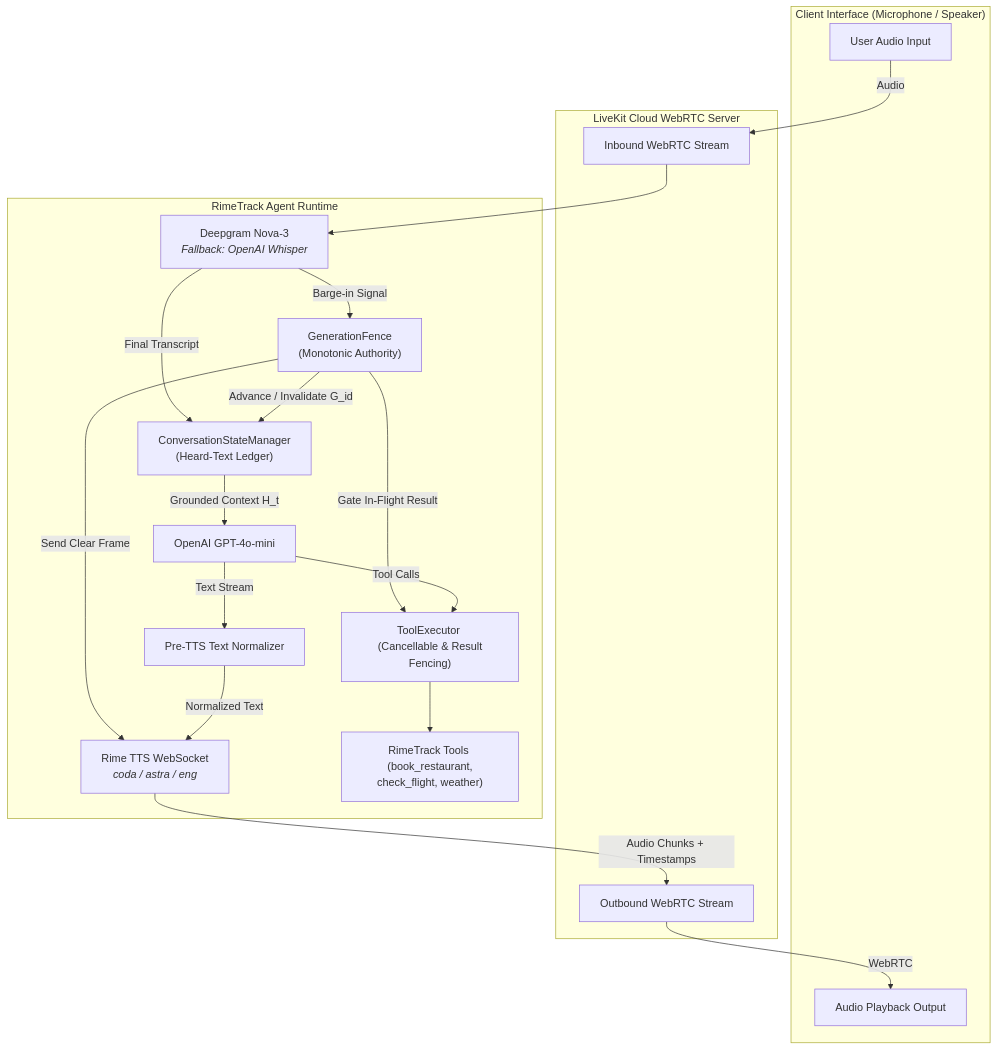
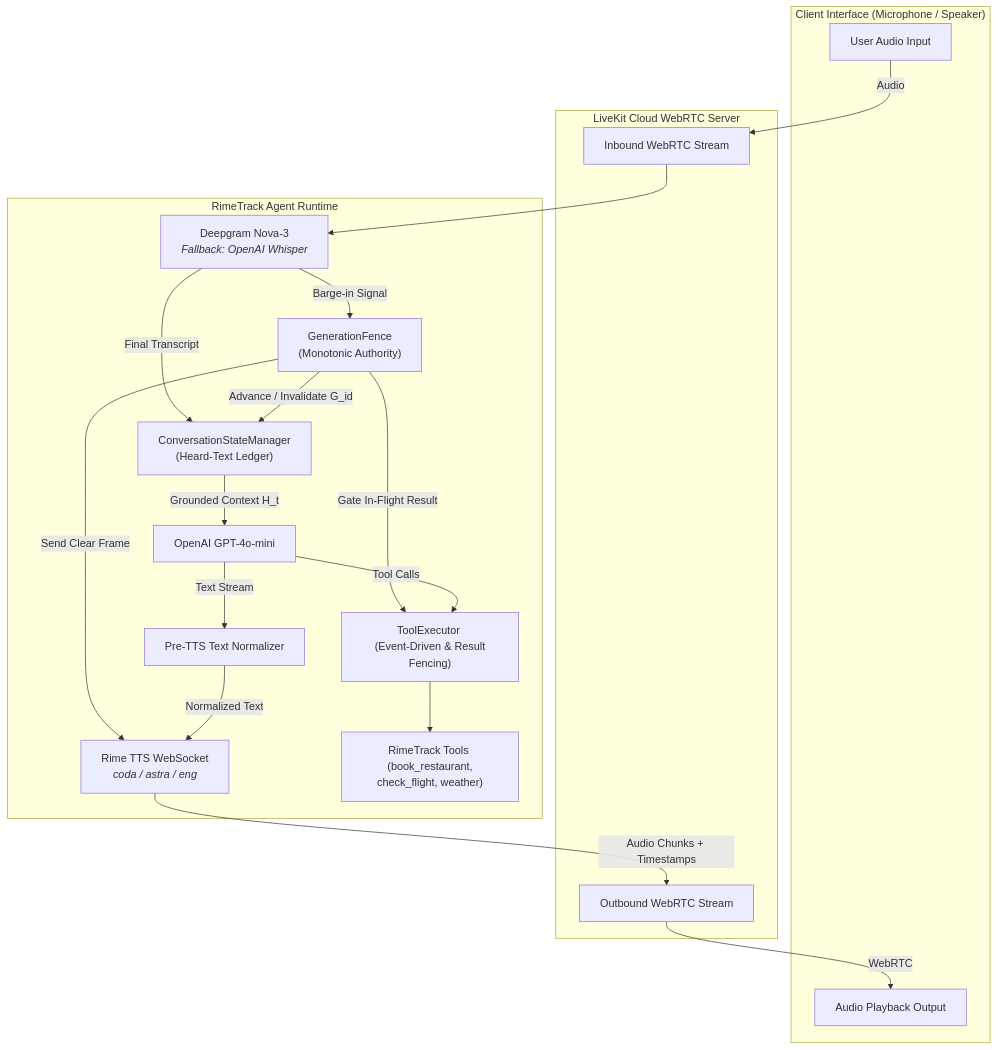
The diagram in rimetrack_scaffold/rimetrack/README.md (saugata-malakar/KDAG-RICE), drawn with Mermaid before and after one commit. The commit also changed other lines of this file and 1 other file, not shown here.

````diff
--- a/rimetrack_scaffold/rimetrack/README.md
+++ b/rimetrack_scaffold/rimetrack/README.md
@@ -53,40 +72,40 @@
 ```mermaid
 flowchart TD
     subgraph Client ["Client Interface (Microphone / Speaker)"]
         Mic[User Audio Input]
         Spk[Audio Playback Output]
     end
 
     subgraph Transport ["LiveKit Cloud WebRTC Server"]
         RTC_In[Inbound WebRTC Stream]
         RTC_Out[Outbound WebRTC Stream]
     end
 
     subgraph RimeTrack_Worker ["RimeTrack Agent Runtime"]
         STT[Deepgram Nova-3 <br> <i>Fallback: OpenAI Whisper</i>]
         LLM[OpenAI GPT-4o-mini]
         Norm[Pre-TTS Text Normalizer]
         Rime[Rime TTS WebSocket <br> <i>coda / astra / eng</i>]
         Fence["GenerationFence <br> (Monotonic Authority)"]
         Ledger["ConversationStateManager <br> (Heard-Text Ledger)"]
-        Executor["ToolExecutor <br> (Cancellable & Result Fencing)"]
+        Executor["ToolExecutor <br> (Event-Driven & Result Fencing)"]
         Tools["RimeTrack Tools <br> (book_restaurant, check_flight, weather)"]
     end
 
     Mic -->|Audio| RTC_In
     RTC_In --> STT
     STT -->|Barge-in Signal| Fence
     STT -->|Final Transcript| Ledger
 
     Fence -->|Advance / Invalidate G_id| Ledger
     Fence -->|Gate In-Flight Result| Executor
     Fence -->|Send Clear Frame| Rime
 
     Ledger -->|Grounded Context H_t| LLM
     LLM -->|Tool Calls| Executor
     Executor --> Tools
     LLM -->|Text Stream| Norm
     Norm -->|Normalized Text| Rime
     Rime -->|Audio Chunks + Timestamps| RTC_Out
     RTC_Out -->|WebRTC| Spk
 ```
````
